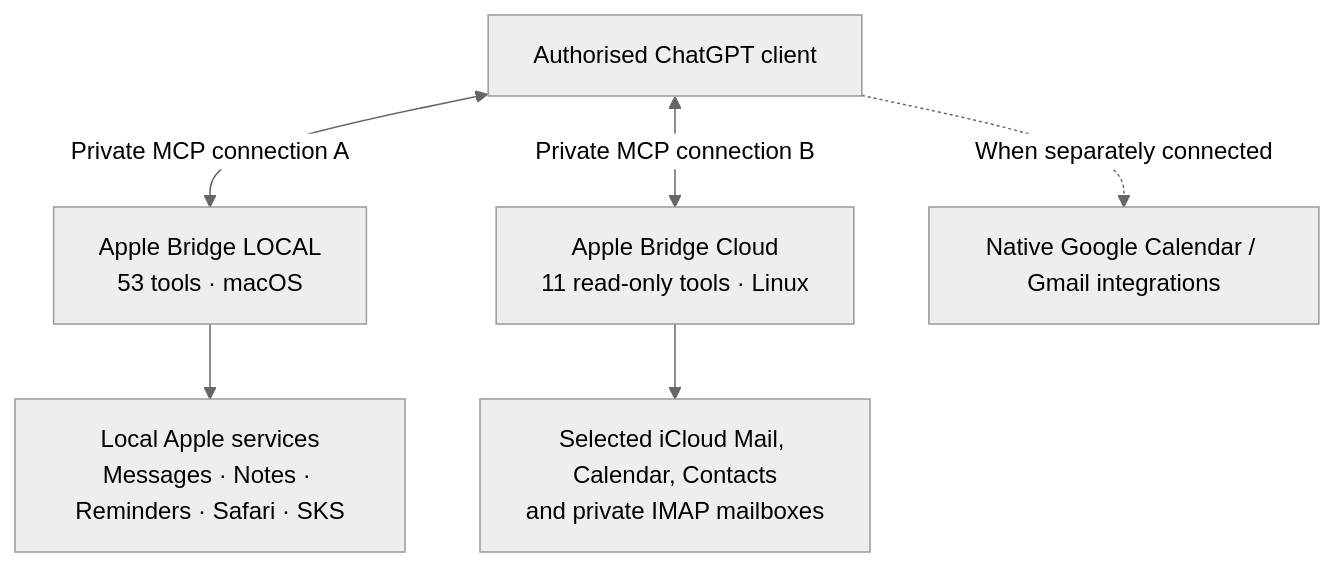
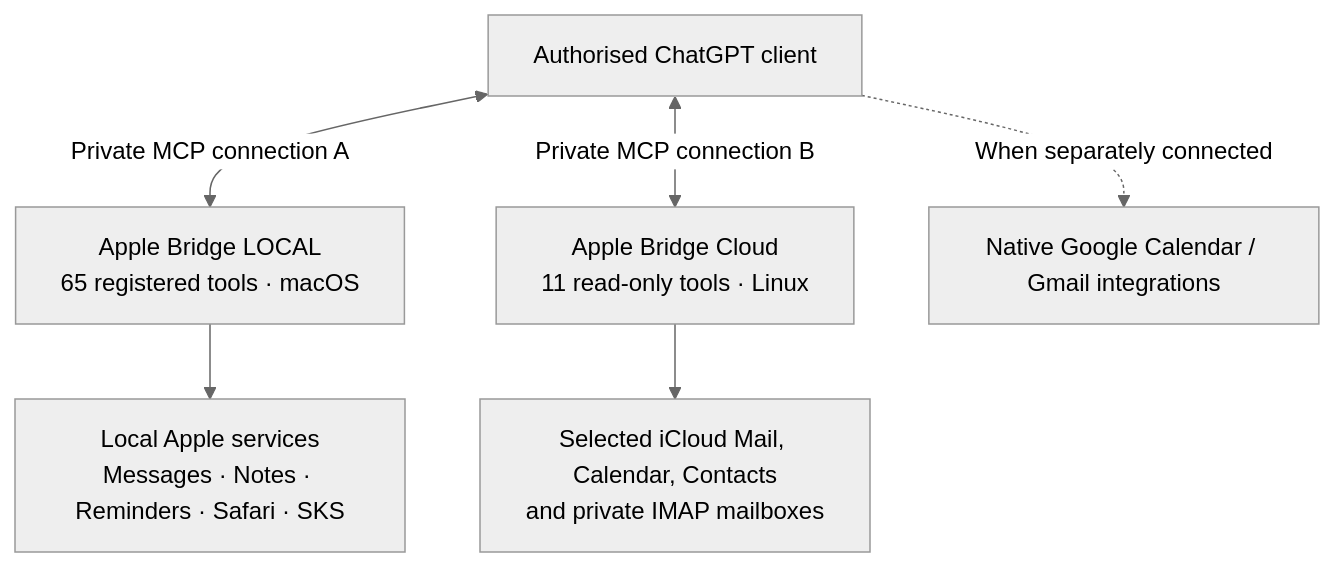
The diagram in README.md (mksolutionsuniversal/apple-bridge-v2), drawn with Mermaid (neutral theme) before and after one commit. The commit also changed other lines of this file, not shown here.

Commit message:
docs(public): update LOCAL 65 and Cloud 5/3/1 showcase

````diff
--- a/README.md
+++ b/README.md
@@ -118,8 +114,8 @@
 ```mermaid
 flowchart TB
-    U["Authorised ChatGPT client"] <-->|"Private MCP connection A"| L["Apple Bridge LOCAL<br/>53 tools · macOS"]
+    U["Authorised ChatGPT client"] <-->|"Private MCP connection A"| L["Apple Bridge LOCAL<br/>65 registered tools · macOS"]
     U <-->|"Private MCP connection B"| C["Apple Bridge Cloud<br/>11 read-only tools · Linux"]
     L --> A["Local Apple services<br/>Messages · Notes · Reminders · Safari · SKS"]
     C --> B["Selected iCloud Mail, Calendar, Contacts<br/>and private IMAP mailboxes"]
     U -.->|"When separately connected"| G["Native Google Calendar / Gmail integrations"]
 ```
````
